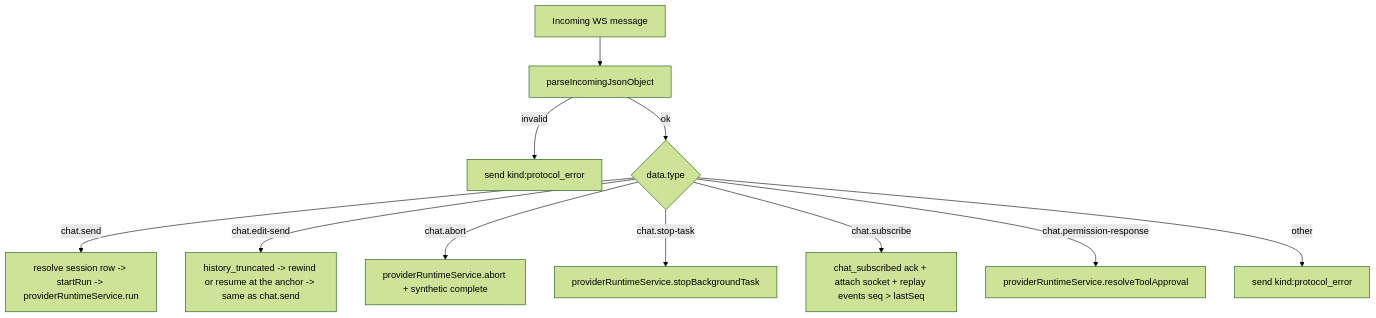
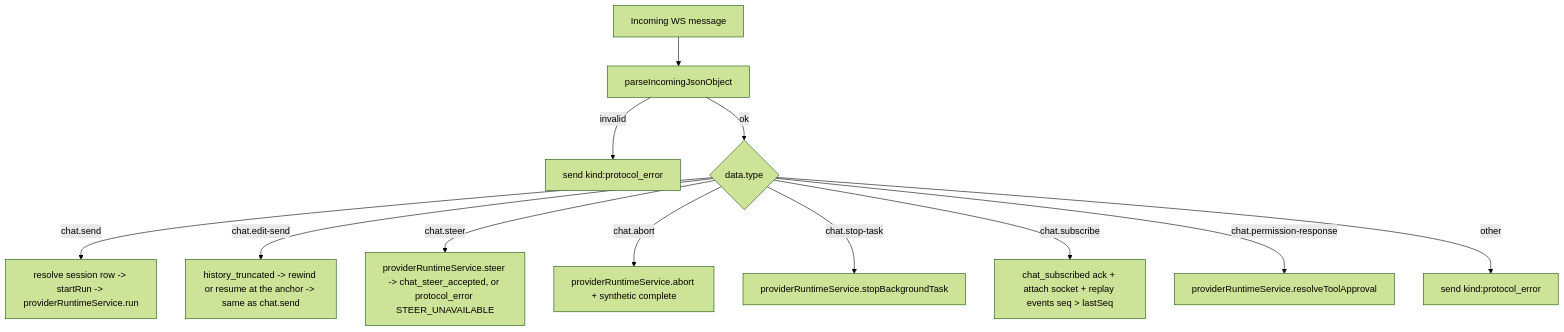
One commit to siteboon/claudecodeui changed the third of 5 diagrams in server/modules/websocket/README.md. Above: the diagram before and after it, drawn with Mermaid (forest theme). The commit also changed other lines of this file and 25 other files, not shown here.

````diff
--- a/server/modules/websocket/README.md
+++ b/server/modules/websocket/README.md
@@ -126,14 +126,15 @@
 ```mermaid
 flowchart TD
   A[Incoming WS message] --> B[parseIncomingJsonObject]
   B -->|invalid| C[send kind:protocol_error]
   B -->|ok| D{data.type}
 
   D -->|chat.send| E[resolve session row -> startRun -> providerRuntimeService.run]
   D -->|chat.edit-send| E2[history_truncated -> rewind or resume at the anchor -> same as chat.send]
+  D -->|chat.steer| E3[providerRuntimeService.steer -> chat_steer_accepted, or protocol_error STEER_UNAVAILABLE]
   D -->|chat.abort| F[providerRuntimeService.abort + synthetic complete]
   D -->|chat.stop-task| F2[providerRuntimeService.stopBackgroundTask]
   D -->|chat.subscribe| G[chat_subscribed ack + attach socket + replay events seq > lastSeq]
   D -->|chat.permission-response| H[providerRuntimeService.resolveToolApproval]
   D -->|other| I[send kind:protocol_error]
 ```
````
